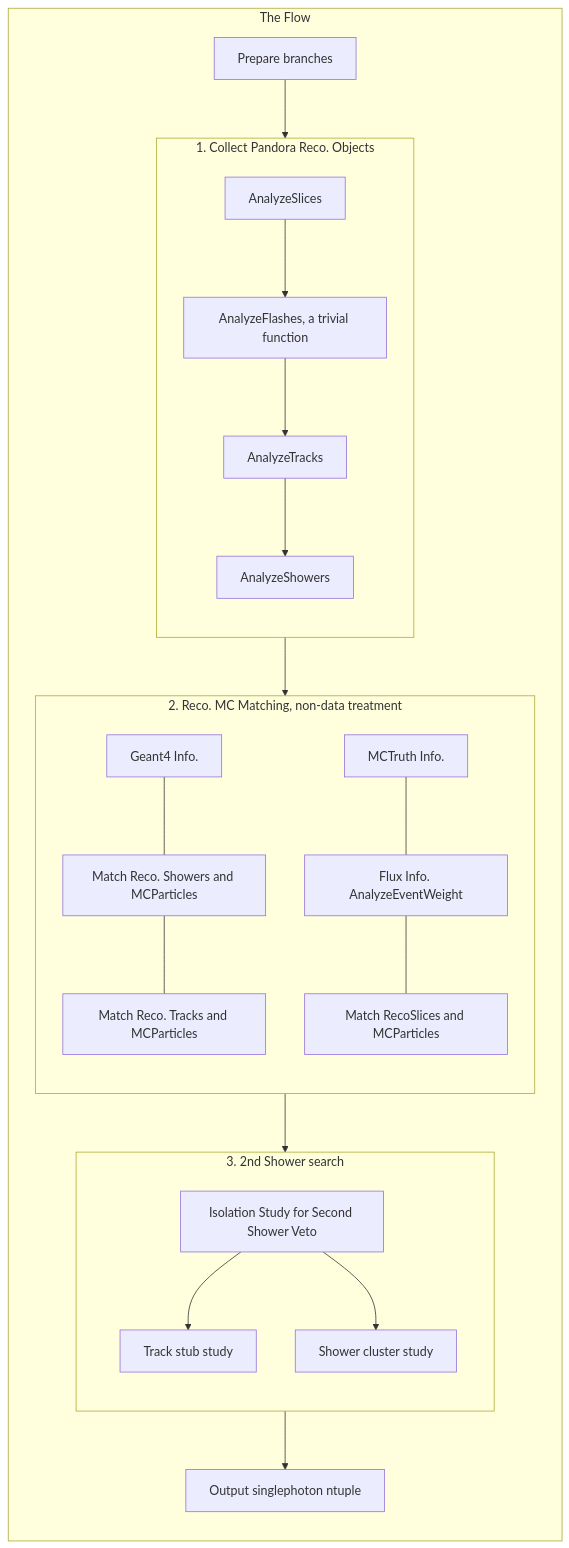
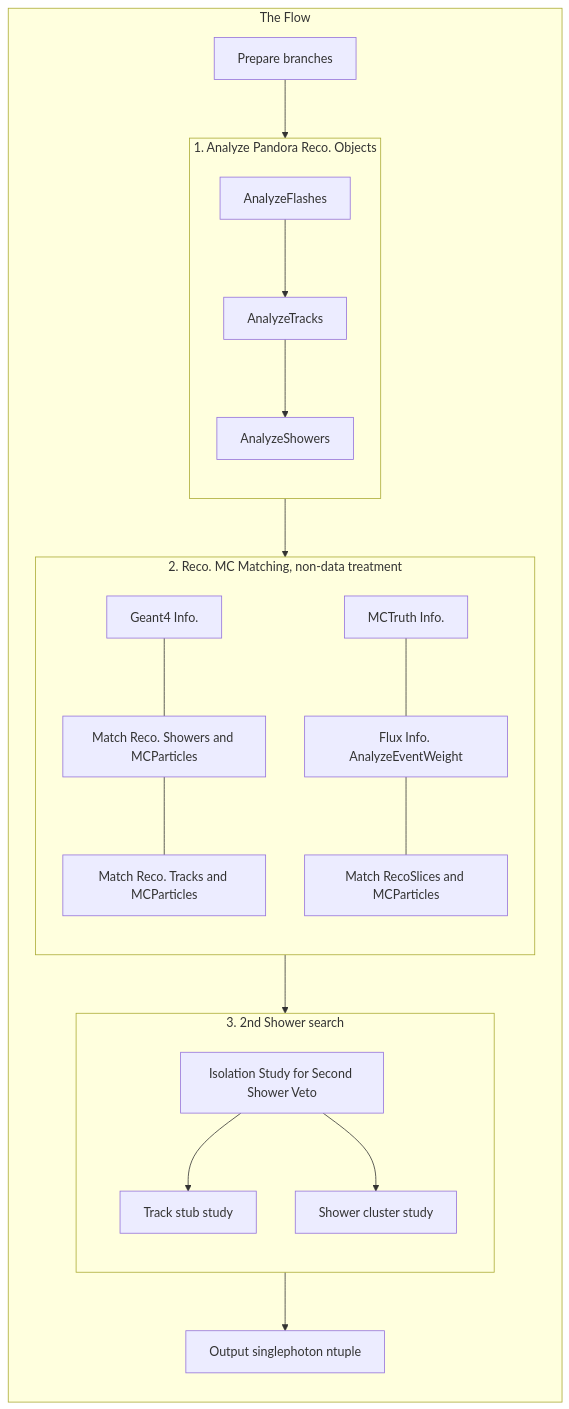
One commit to SBNSoftware/sbncode changed the second of 3 diagrams in sbncode/SinglePhotonAnalysis/README.md. Above: the diagram before and after it, drawn with Mermaid. The commit also changed other lines of this file and 33 other files, not shown here.

````diff
--- a/sbncode/SinglePhotonAnalysis/README.md
+++ b/sbncode/SinglePhotonAnalysis/README.md
@@ -84,36 +75,35 @@
 ```mermaid
 flowchart TB
 
-subgraph AA[1. Collect Pandora Reco. Objects]
+subgraph AA[1. Analyze Pandora Reco. Objects]
 direction TB
-B[AnalyzeSlices]-->C;
-C[AnalyzeFlashes, a trivial function]-->D;
+C[AnalyzeFlashes]-->D;
 D[AnalyzeTracks]-->E[AnalyzeShowers];
 end  
 
 subgraph BB[2. Reco. MC Matching, non-data treatment]
 direction TB
 F[Geant4 Info.]---H;
 H[Match Reco. Showers and MCParticles]---I;
 I[Match Reco. Tracks and MCParticles];
 J[MCTruth Info.]---K;
 K[Flux Info. AnalyzeEventWeight]---L;
 L[Match RecoSlices and MCParticles];
 end
 
 subgraph DD[3. 2nd Shower search]
 direction TB
 N[Track stub study]
 O[Shower cluster study]
 M[Isolation Study for Second Shower Veto]-->N;
 M-->O;
 end
 
 subgraph THIS[The Flow]
 direction TB
 A[Prepare branches]-->AA;
 AA-->BB;
 BB-->DD;
 DD-->End[Output singlephoton ntuple];
 end
 ```
````
